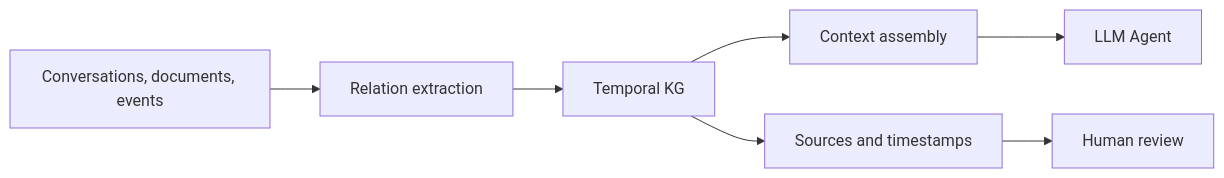
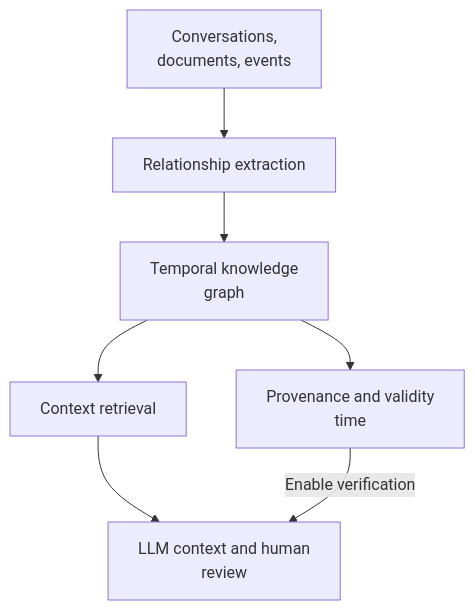
The eighth of 13 diagrams in articles/report/ai-llm-ontology-memory/en/index.mdx (daylight55/research), drawn with Mermaid before and after one commit. The commit also changed other lines of this file and 181 other files, not shown here.

First line of the commit message:
全記事の図解368点を再生成し、共通注意書きを削除 (#402)

````diff
--- a/articles/report/ai-llm-ontology-memory/en/index.mdx
+++ b/articles/report/ai-llm-ontology-memory/en/index.mdx
@@ -248,9 +293,17 @@
 ```mermaid
-flowchart LR
-  Src["Conversations, documents, events"] --> Ext["Relation extraction"]
-  Ext --> TKG["Temporal KG"]
-  TKG --> Ctx["Context assembly"]
-  TKG --> Aud["Sources and timestamps"]
-  Ctx --> Agent["LLM Agent"]
-  Aud --> Rev["Human review"]
+flowchart TD
+  accTitle: Retrieve context from memory with time and provenance
+  accDescr: Extract relationships from conversations, documents and events, then return provenance and timestamps with retrieved context.
+  N0["Conversations,<br/>documents, events"]
+  N1["Relationship extraction"]
+  N2["Temporal knowledge<br/>graph"]
+  N3["Context retrieval"]
+  N4["Provenance and validity<br/>time"]
+  N5["LLM context and human<br/>review"]
+  N0 --> N1
+  N1 --> N2
+  N2 --> N3
+  N2 --> N4
+  N3 --> N5
+  N4 -->|Enable verification| N5
 ```
````
